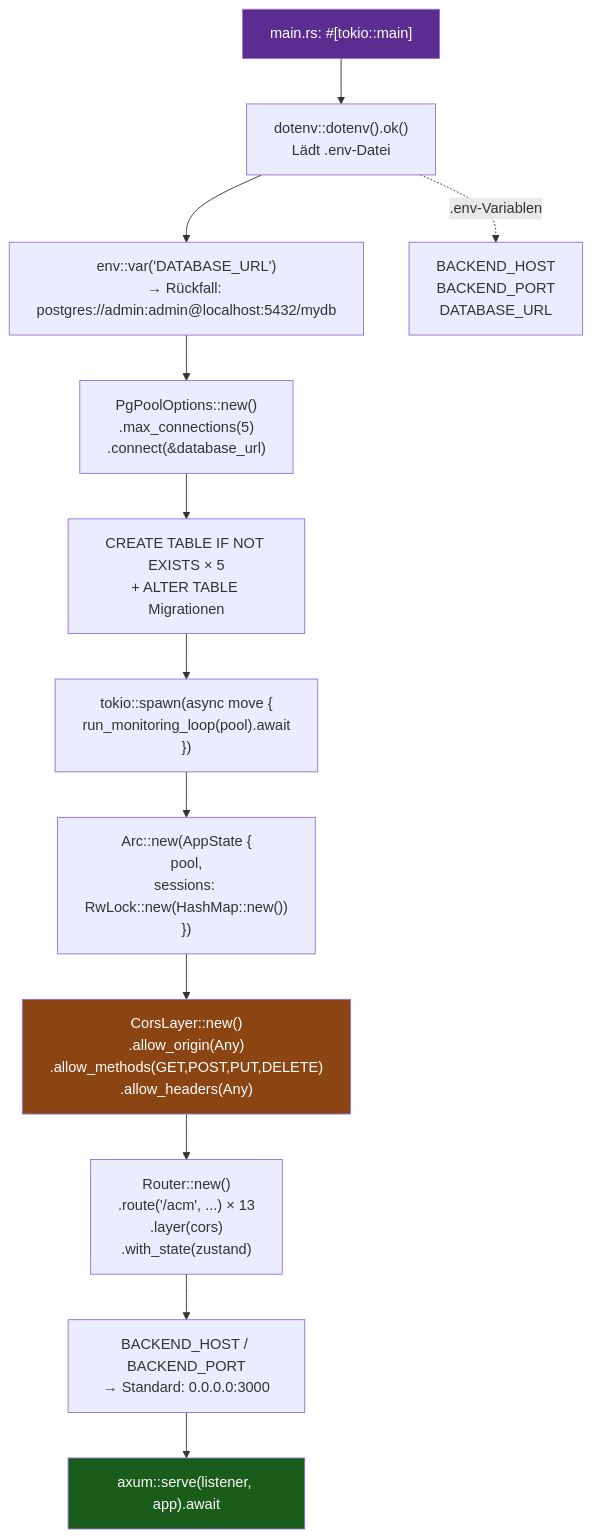
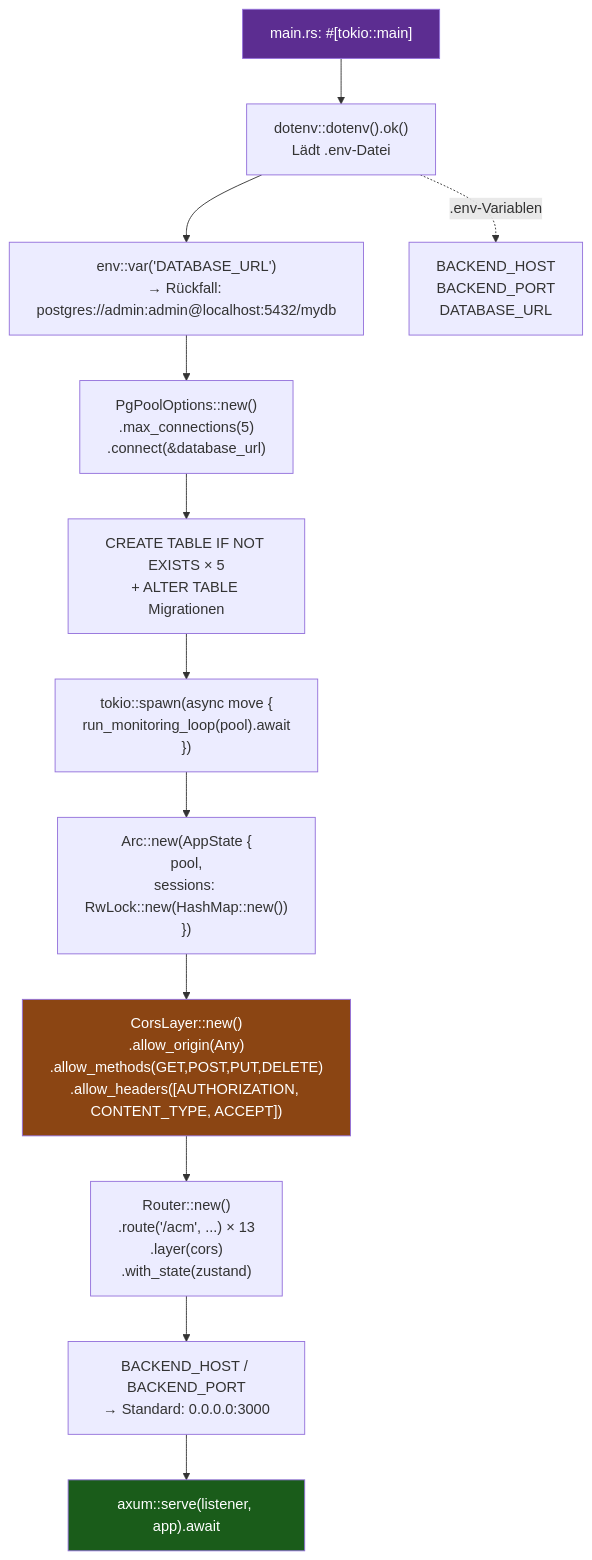
The tenth of 10 diagrams in explain-canvas.md (DevDaio/ACM_API-Connection-Monitor), drawn with Mermaid before and after one commit. The commit also changed other lines of this file and 7 other files, not shown here.

Commit message:
feat: update docs and config for S3+EC2 deployment, fix CORS headers

````diff
--- a/explain-canvas.md
+++ b/explain-canvas.md
@@ -555,19 +555,19 @@
 ```mermaid
 flowchart TD
     START["main.rs: #[tokio::main]"] --> DOTENV["dotenv::dotenv().ok()<br/>Lädt .env-Datei"]
     DOTENV --> DATABASE_URL["env::var('DATABASE_URL')<br/>→ Rückfall: postgres://admin:admin@localhost:5432/mydb"]
     DATABASE_URL --> POOL["PgPoolOptions::new()<br/>.max_connections(5)<br/>.connect(&database_url)"]
     POOL --> TABELLEN_ANLEG["CREATE TABLE IF NOT EXISTS × 5<br/>+ ALTER TABLE Migrationen"]
     TABELLEN_ANLEG --> UEBERWACH_START["tokio::spawn(async move {<br/>run_monitoring_loop(pool).await<br/>})"]
     UEBERWACH_START --> ZUSTAND_BAU["Arc::new(AppState {<br/>pool,<br/>sessions: RwLock::new(HashMap::new())<br/>})"]
-    ZUSTAND_BAU --> CORS["CorsLayer::new()<br/>.allow_origin(Any)<br/>.allow_methods(GET,POST,PUT,DELETE)<br/>.allow_headers(Any)"]
+    ZUSTAND_BAU -->     CORS["CorsLayer::new()<br/>.allow_origin(Any)<br/>.allow_methods(GET,POST,PUT,DELETE)<br/>.allow_headers([AUTHORIZATION, CONTENT_TYPE, ACCEPT])"]
     CORS --> ROUTEN["Router::new()<br/>.route('/acm', ...) × 13<br/>.layer(cors)<br/>.with_state(zustand)"]
     ROUTEN --> BINDEN["BACKEND_HOST / BACKEND_PORT<br/>→ Standard: 0.0.0.0:3000"]
     BINDEN --> BEDIEN["axum::serve(listener, app).await"]
 
     DOTENV -.->|".env-Variablen"| HOST["BACKEND_HOST<br/>BACKEND_PORT<br/>DATABASE_URL"]
 
     style START fill:#5c2d91,color:#fff
     style BEDIEN fill:#1a5c1a,color:#fff
     style CORS fill:#8b4513,color:#fff
 ```
````
